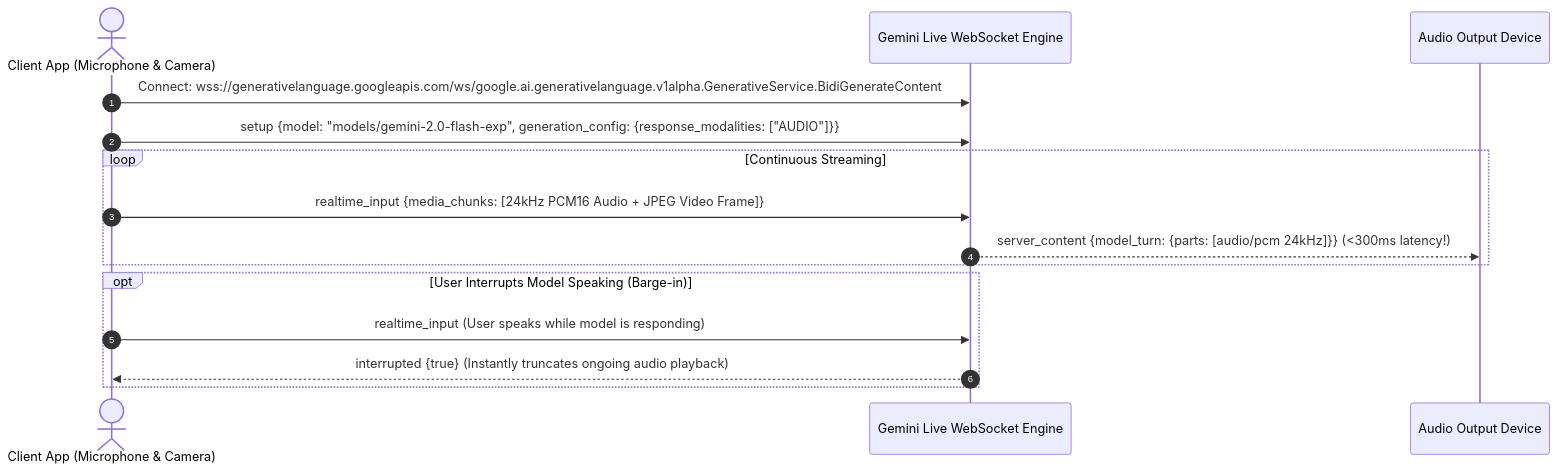
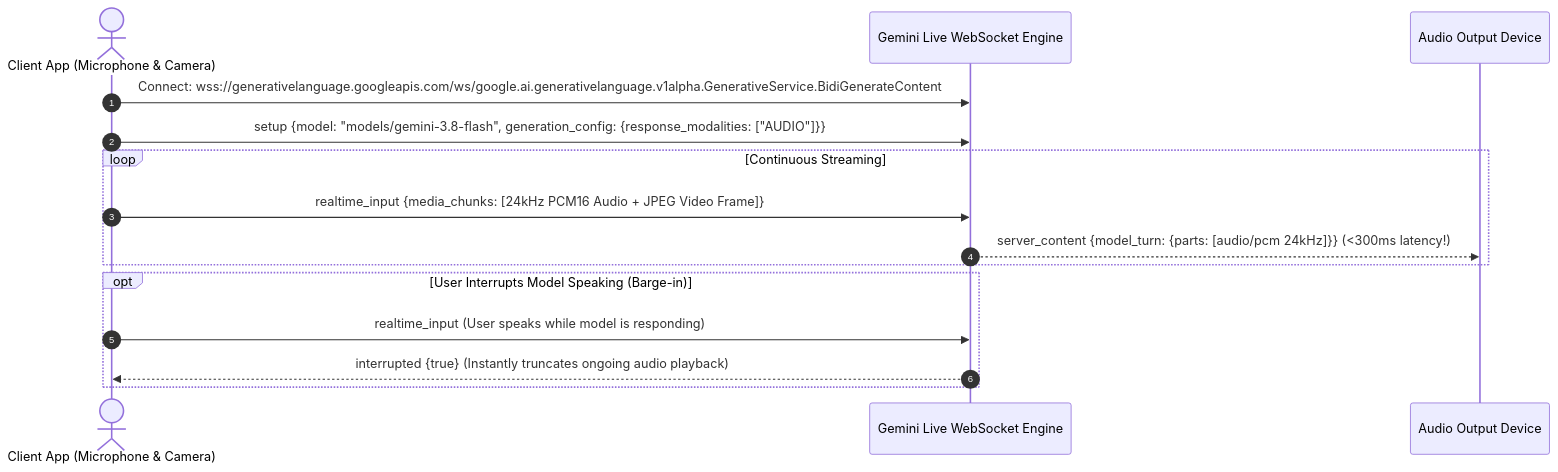
The fourth of 17 diagrams in README.md (TheLearningHubOrg/learn-gemini), drawn with Mermaid before and after one commit. The commit also changed other lines of this file, not shown here.

Commit message:
Update README to Gemini 3.x models and current SDK guidance

````diff
--- a/README.md
+++ b/README.md
@@ -205,20 +210,20 @@
 ```mermaid
 sequenceDiagram
     autonumber
     actor Client as Client App (Microphone & Camera)
     participant WS as Gemini Live WebSocket Engine
     participant AudioOut as Audio Output Device
 
     Client->>WS: Connect: wss://generativelanguage.googleapis.com/ws/google.ai.generativelanguage.v1alpha.GenerativeService.BidiGenerateContent
-    Client->>WS: setup {model: "models/gemini-2.0-flash-exp", generation_config: {response_modalities: ["AUDIO"]}}
+    Client->>WS: setup {model: "models/gemini-3.8-flash", generation_config: {response_modalities: ["AUDIO"]}}
     
     loop Continuous Streaming
         Client->>WS: realtime_input {media_chunks: [24kHz PCM16 Audio + JPEG Video Frame]}
         WS-->>AudioOut: server_content {model_turn: {parts: [audio/pcm 24kHz]}} (<300ms latency!)
     end
 
     opt User Interrupts Model Speaking (Barge-in)
         Client->>WS: realtime_input (User speaks while model is responding)
         WS-->>Client: interrupted {true} (Instantly truncates ongoing audio playback)
     end
 ```
````
